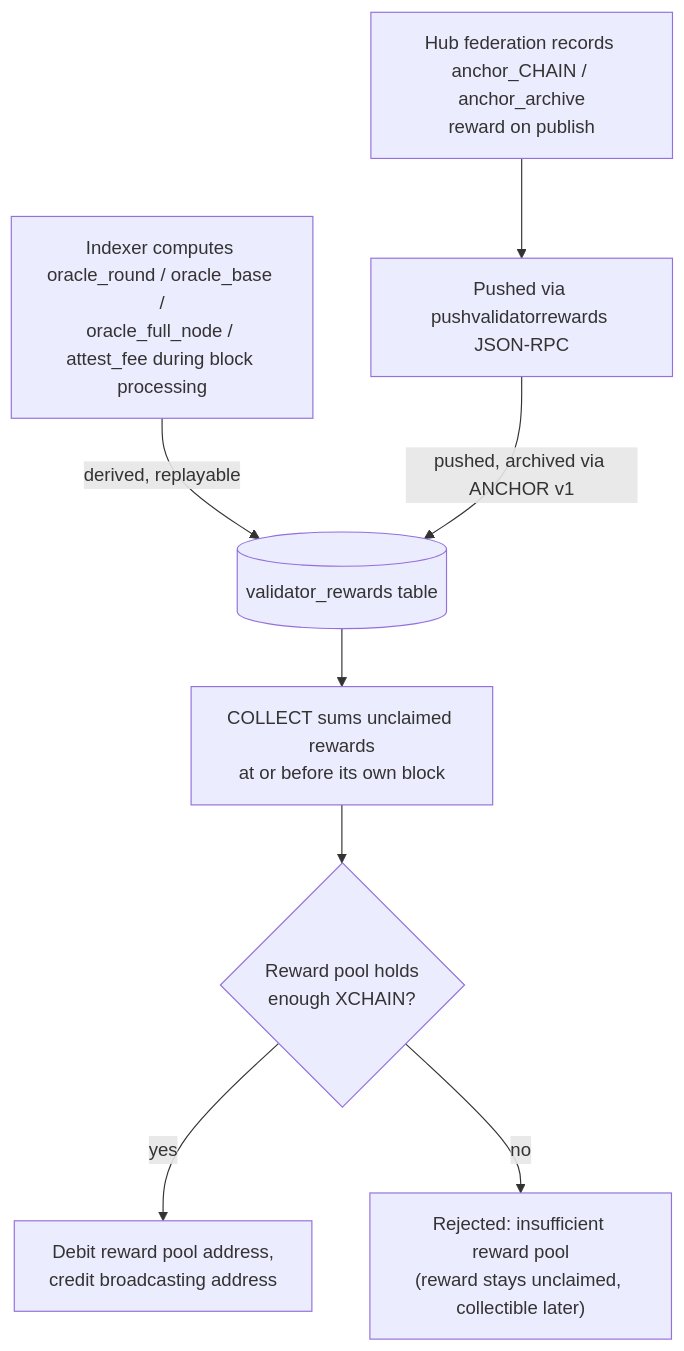
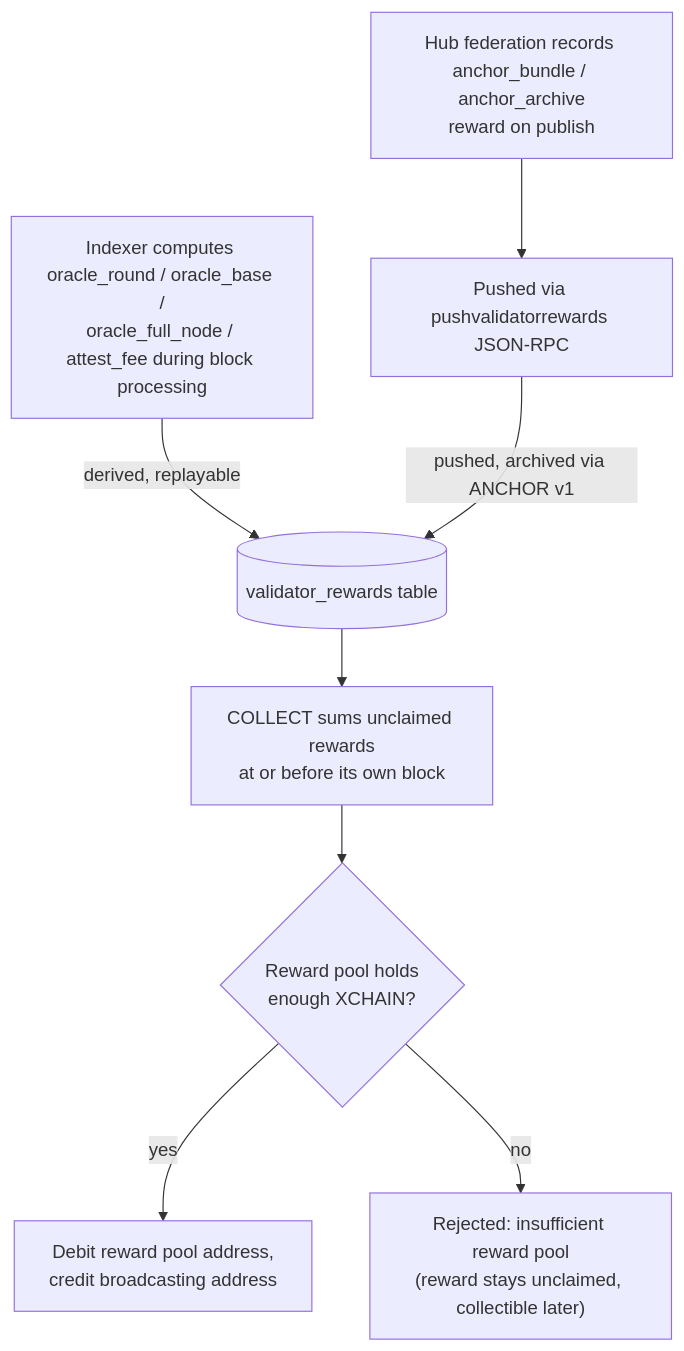
Before and after one commit to XChain-Platform/xchain-documentation: the diagram in protocol/actions/collect.md, drawn with Mermaid. The commit also changed other lines of this file and 15 other files, not shown here.

First line of the commit message:
docs: ANCHOR v7, the per-network checkpoint bundle, replaces the per-chain anchor versions

````diff
--- a/protocol/actions/collect.md
+++ b/protocol/actions/collect.md
@@ -80,19 +80,19 @@
 ```mermaid
 flowchart TD
     D1["Indexer computes oracle_round / oracle_base /<br>oracle_full_node / attest_fee during block processing"]
-    P1["Hub federation records anchor_CHAIN / anchor_archive<br>reward on publish"]
+    P1["Hub federation records anchor_bundle / anchor_archive<br>reward on publish"]
     P2["Pushed via pushvalidatorrewards JSON-RPC"]
     VR[("validator_rewards table")]
     C1["COLLECT sums unclaimed rewards<br>at or before its own block"]
     C2{"Reward pool holds<br>enough XCHAIN?"}
     C3["Debit reward pool address,<br>credit broadcasting address"]
     C4["Rejected: insufficient reward pool<br>(reward stays unclaimed, collectible later)"]
 
     D1 -->|"derived, replayable"| VR
     P1 --> P2
     P2 -->|"pushed, archived via ANCHOR v1"| VR
     VR --> C1
     C1 --> C2
     C2 -->|"yes"| C3
     C2 -->|"no"| C4
 ```
````
